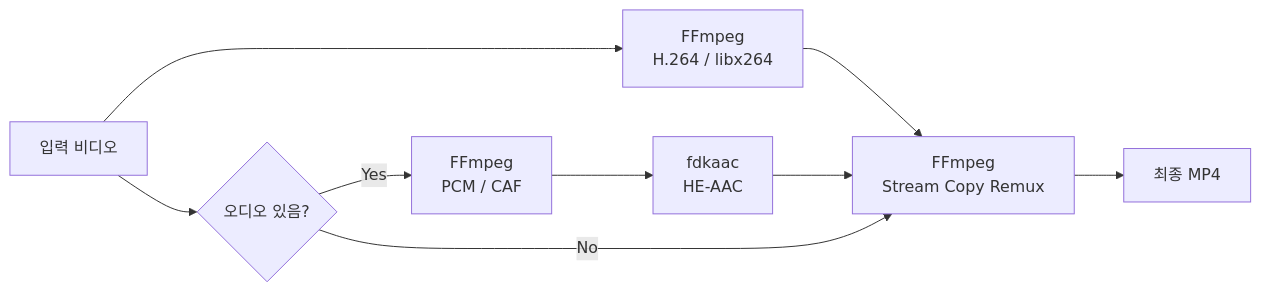
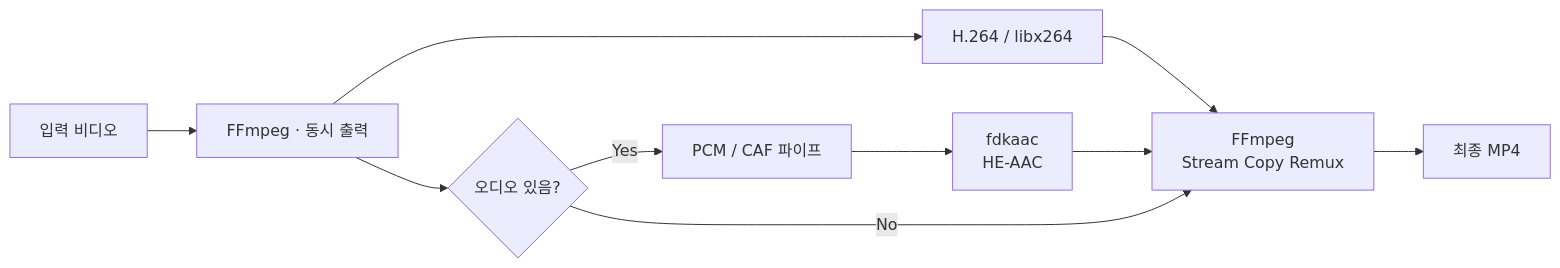
Before and after one commit to 12si27/127c-encoder: the diagram in README.md, drawn with Mermaid. The commit also changed other lines of this file and 3 other files, not shown here.

````diff
--- a/README.md
+++ b/README.md
@@ -80,14 +84,15 @@
 ```mermaid
 flowchart LR
-    A["입력 비디오"] --> B["FFmpeg<br/>H.264 / libx264"]
-    A --> C{"오디오 있음?"}
+    A["입력 비디오"] --> X["FFmpeg · 동시 출력"]
+    X --> B["H.264 / libx264"]
+    X --> C{"오디오 있음?"}
 
-    C -->|Yes| D["FFmpeg<br/>PCM / CAF"]
+    C -->|Yes| D["PCM / CAF 파이프"]
     D --> E["fdkaac<br/>HE-AAC"]
 
     B --> F["FFmpeg<br/>Stream Copy Remux"]
     E --> F
     C -->|No| F
 
     F --> G["최종 MP4"]
 ```
````
